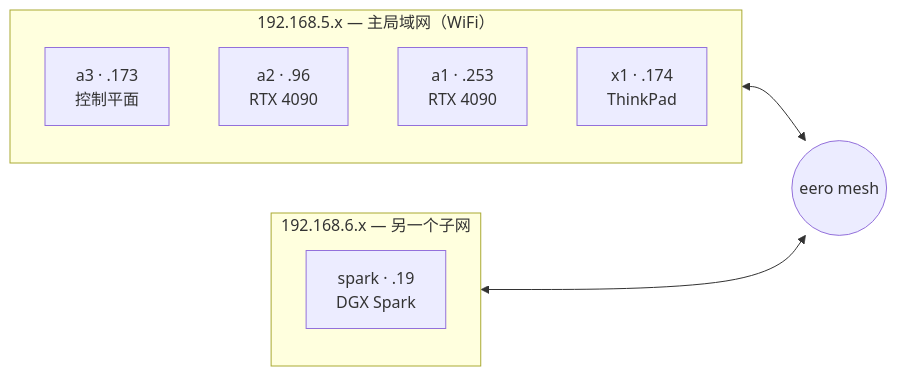
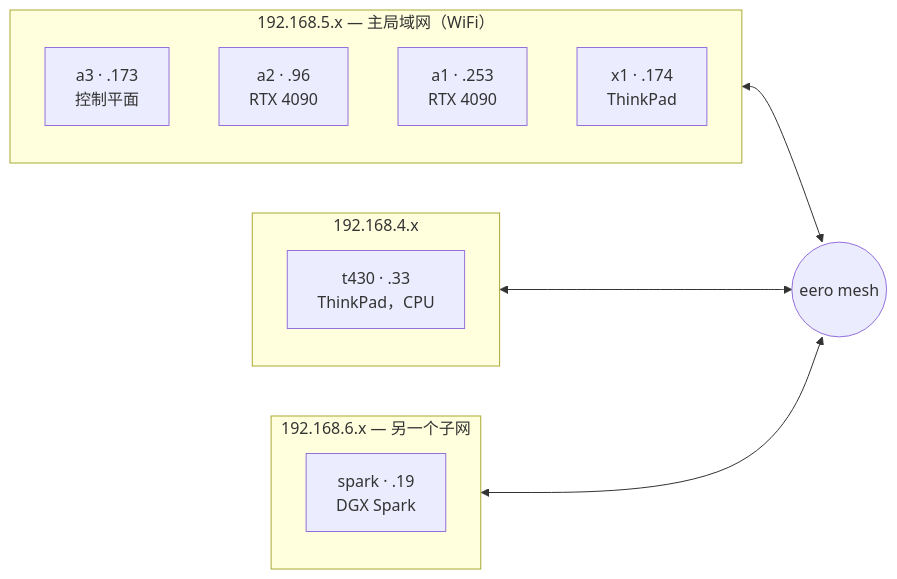
Before and after one commit to briancaffey/home-lab: the diagram in docs-site/i18n/zh-Hans/docusaurus-plugin-content-docs/current/hardware/nodes.md, drawn with Mermaid. The commit also changed other lines of this file and 15 other files, not shown here.

````diff
--- a/docs-site/i18n/zh-Hans/docusaurus-plugin-content-docs/current/hardware/nodes.md
+++ b/docs-site/i18n/zh-Hans/docusaurus-plugin-content-docs/current/hardware/nodes.md
@@ -21,14 +22,18 @@
 ```mermaid
 flowchart LR
   subgraph lan["192.168.5.x — 主局域网（WiFi）"]
     a3["a3 · .173<br/>控制平面"]
     a2["a2 · .96<br/>RTX 4090"]
     a1["a1 · .253<br/>RTX 4090"]
     x1["x1 · .174<br/>ThinkPad"]
   end
+  subgraph lan4["192.168.4.x"]
+    t430["t430 · .33<br/>ThinkPad，CPU"]
+  end
   subgraph lan6["192.168.6.x — 另一个子网"]
     spark["spark · .19<br/>DGX Spark"]
   end
   lan <--> router(("eero mesh"))
+  lan4 <--> router
   lan6 <--> router
 ```
````
